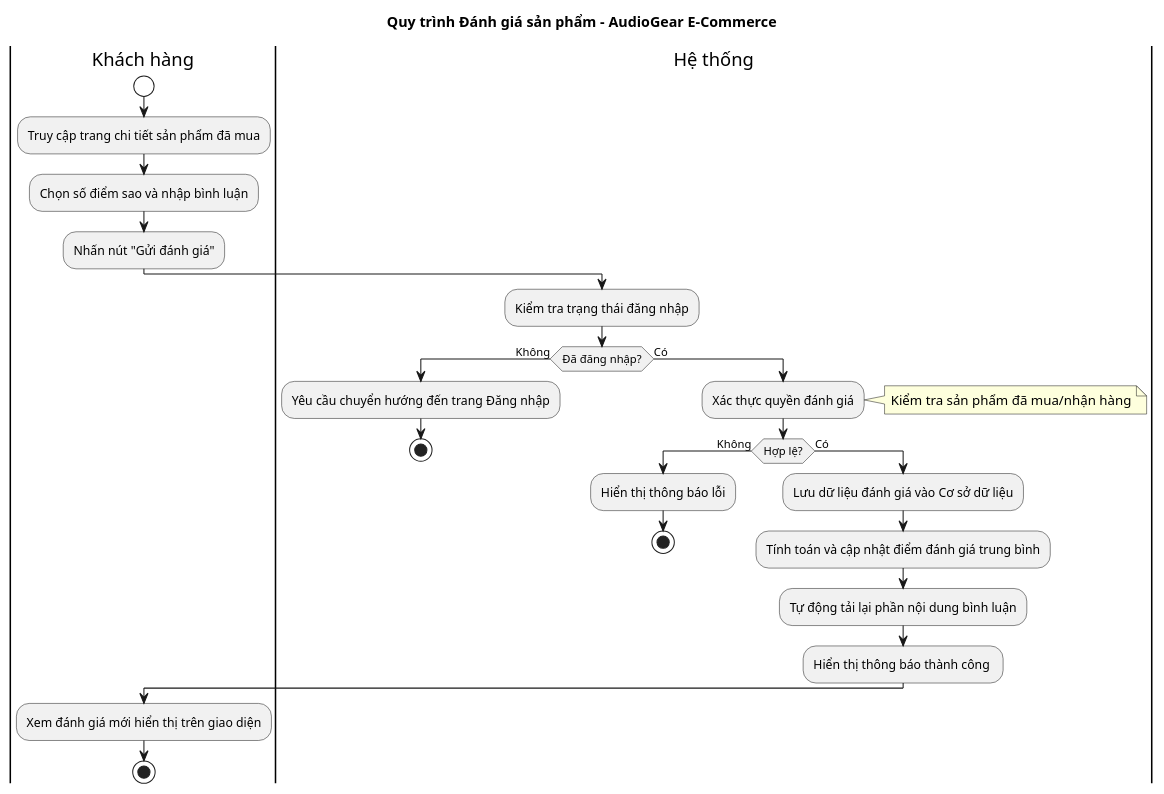
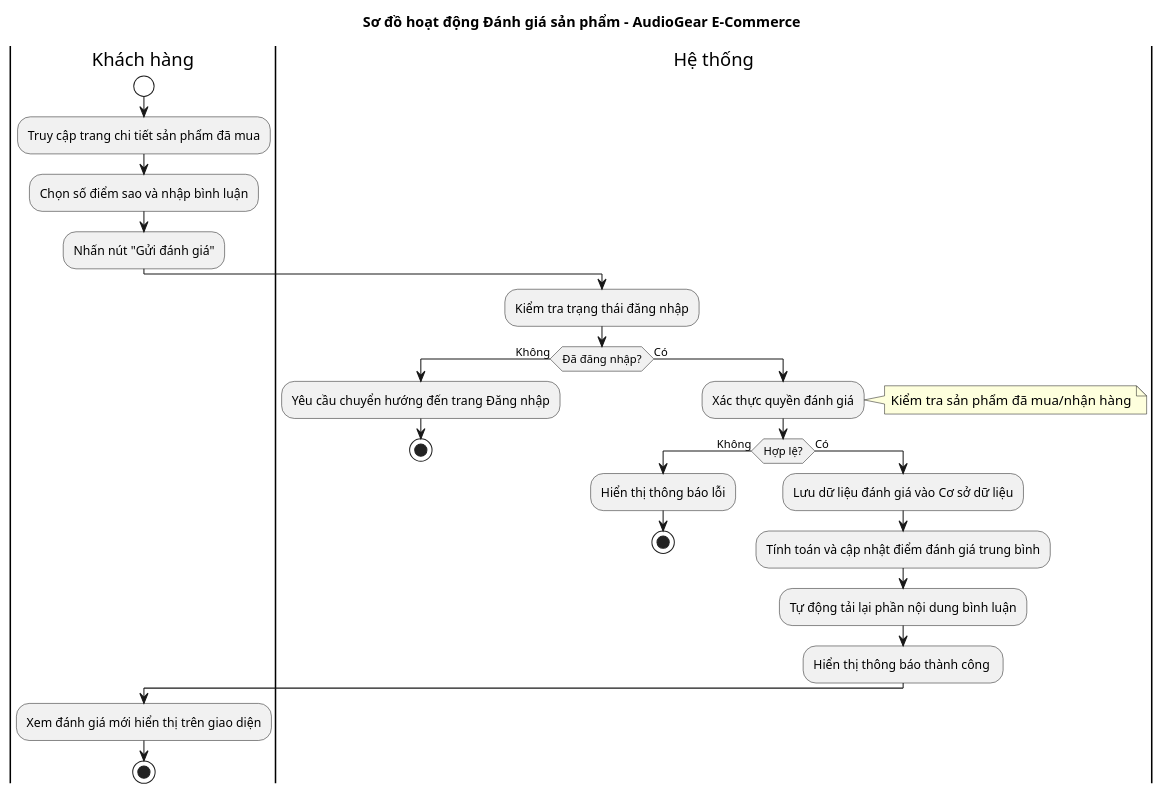
One commit to trihieuvo/justFUML changed the diagram in src/Orders_Reviews/activity/activity_product_review.puml. Above: the diagram before and after it, drawn with PlantUML. The commit also changed 7 other files, not shown here.

First line of the commit message:
Refactor and standardize activity UML diagrams

```diff
--- a/src/Orders_Reviews/activity/activity_product_review.puml
+++ b/src/Orders_Reviews/activity/activity_product_review.puml
@@ -1,42 +1,43 @@
-title Quy trình Đánh giá sản phẩm - AudioGear E-Commerce
+@startuml
+title Sơ đồ hoạt động Đánh giá sản phẩm - AudioGear E-Commerce
 
 skinparam ActivityStartColor white
 skinparam ActivityEndColor white
 
 |Khách hàng|
 start
 :Truy cập trang chi tiết sản phẩm đã mua;
 :Chọn số điểm sao và nhập bình luận;
 :Nhấn nút "Gửi đánh giá";
 
 |Hệ thống|
 :Kiểm tra trạng thái đăng nhập;
 
 if (Đã đăng nhập?) then (Không)
     :Yêu cầu chuyển hướng đến trang Đăng nhập;
     stop
 else (Có)
     :Xác thực quyền đánh giá;
     note right
         Kiểm tra sản phẩm đã mua/nhận hàng
     end note
     
     if (Hợp lệ?) then (Không)
         :Hiển thị thông báo lỗi;
         stop
     else (Có)
         :Lưu dữ liệu đánh giá vào Cơ sở dữ liệu;
         
 
         :Tính toán và cập nhật điểm đánh giá trung bình;
         
         :Tự động tải lại phần nội dung bình luận;
         :Hiển thị thông báo thành công ;
     endif
 endif
 
 |Khách hàng|
 :Xem đánh giá mới hiển thị trên giao diện;
 
 stop
 @enduml
```
